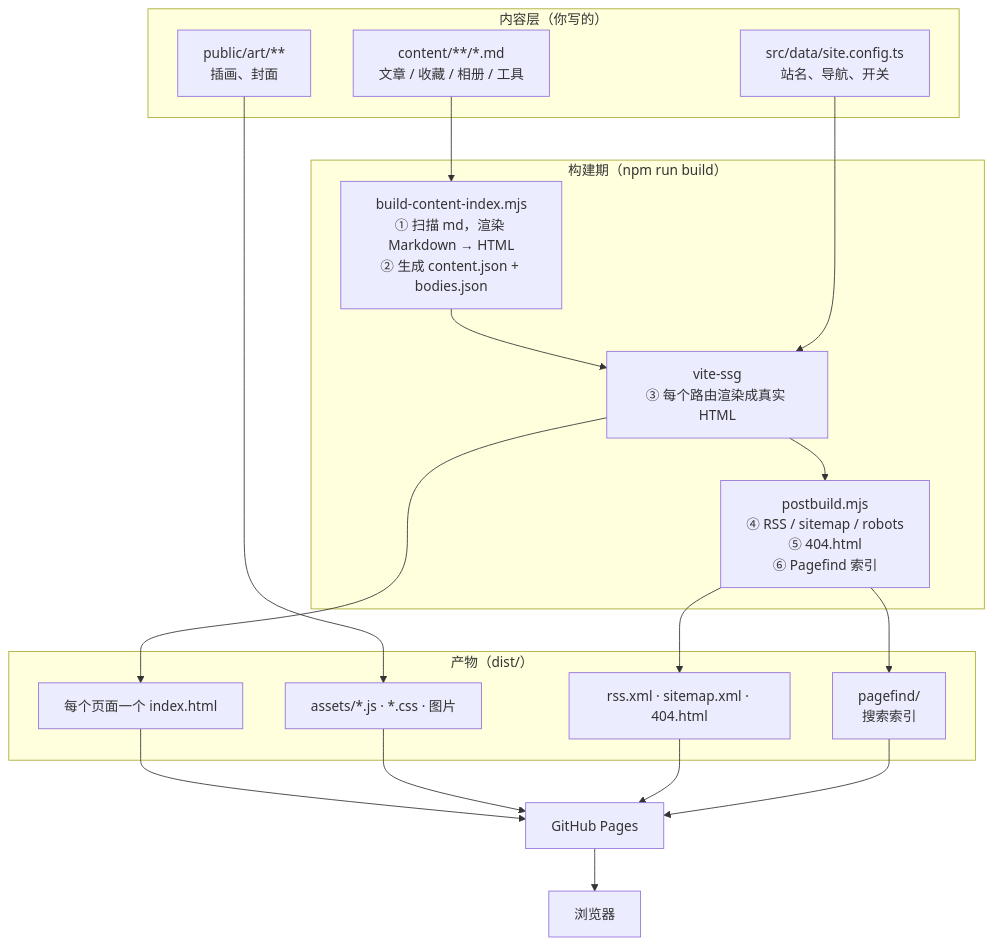
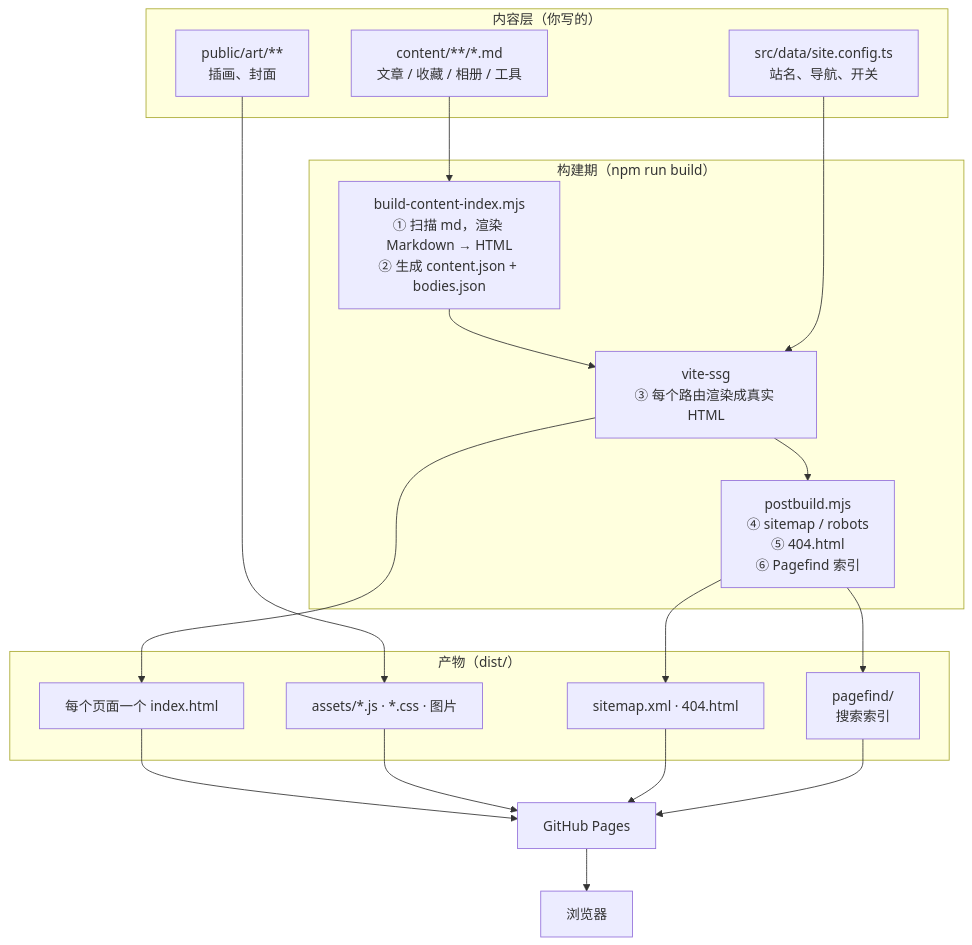
Before and after one commit to jiaonojue/blog: the first of 4 diagrams in docs/ARCHITECTURE.md, drawn with Mermaid. The commit also changed other lines of this file and 247 other files, not shown here.

````diff
--- a/docs/ARCHITECTURE.md
+++ b/docs/ARCHITECTURE.md
@@ -17,38 +17,38 @@
 ```mermaid
 flowchart TD
     subgraph 内容["内容层（你写的）"]
         MD["content/**/*.md<br/>文章 / 收藏 / 相册 / 工具"]
         ART["public/art/**<br/>插画、封面"]
         CFG["src/data/site.config.ts<br/>站名、导航、开关"]
     end
 
     subgraph 构建期["构建期（npm run build）"]
         IDX["build-content-index.mjs<br/>① 扫描 md，渲染 Markdown → HTML<br/>② 生成 content.json + bodies.json"]
         SSG["vite-ssg<br/>③ 每个路由渲染成真实 HTML"]
-        POST["postbuild.mjs<br/>④ RSS / sitemap / robots<br/>⑤ 404.html<br/>⑥ Pagefind 索引"]
+        POST["postbuild.mjs<br/>④ sitemap / robots<br/>⑤ 404.html<br/>⑥ Pagefind 索引"]
     end
 
     subgraph 产物["产物（dist/）"]
         HTML["每个页面一个 index.html"]
         ASSETS["assets/*.js · *.css · 图片"]
-        META["rss.xml · sitemap.xml · 404.html"]
+        META["sitemap.xml · 404.html"]
         PF["pagefind/<br/>搜索索引"]
     end
 
     Browser["浏览器"]
     Pages["GitHub Pages"]
 
     MD --> IDX
     IDX --> SSG
     CFG --> SSG
     SSG --> POST
     SSG --> HTML
     POST --> META
     POST --> PF
     ART --> ASSETS
     HTML --> Pages
     ASSETS --> Pages
     META --> Pages
     PF --> Pages
     Pages --> Browser
 ```
````
